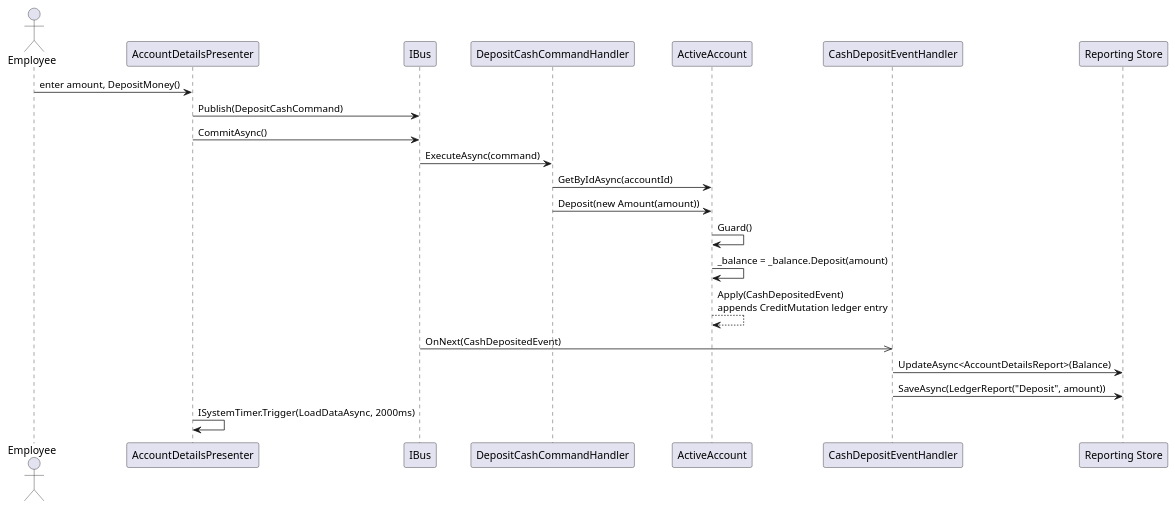
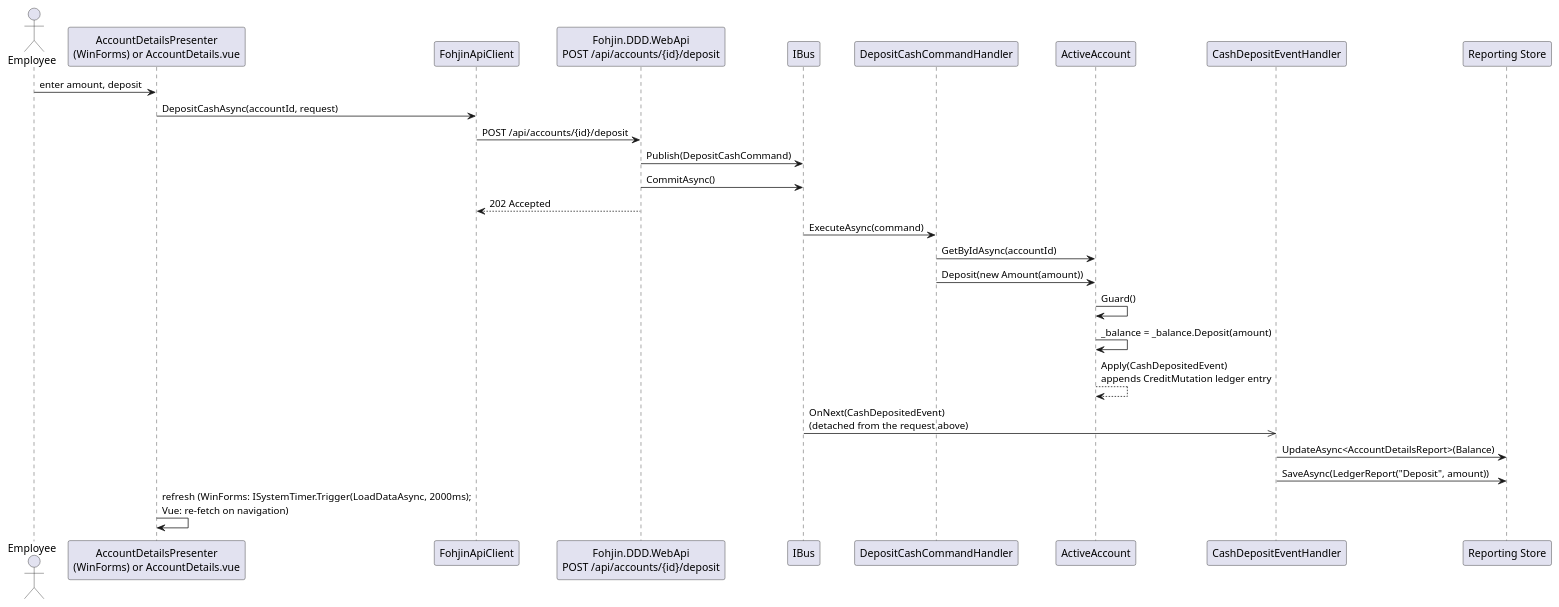
One commit to Mwwhited-BookLearning/fohjin-cqrs changed the first of 2 diagrams in docs/04-cash-operations.md. Above: the diagram before and after it, drawn with PlantUML. The commit also changed other lines of this file and 8 other files, not shown here.

````diff
--- a/docs/04-cash-operations.md
+++ b/docs/04-cash-operations.md
@@ -21,25 +26,30 @@
 ```plantuml
 @startuml
 actor Employee
-participant "AccountDetailsPresenter" as Presenter
+participant "AccountDetailsPresenter\n(WinForms) or AccountDetails.vue" as Client
+participant "FohjinApiClient" as ApiClient
+participant "Fohjin.DDD.WebApi\nPOST /api/accounts/{id}/deposit" as Endpoint
 participant "IBus" as Bus
 participant "DepositCashCommandHandler" as Handler
 participant "ActiveAccount" as Account
 participant "CashDepositEventHandler" as EvtHandler
 participant "Reporting Store" as Reporting
 
-Employee -> Presenter : enter amount, DepositMoney()
-Presenter -> Bus : Publish(DepositCashCommand)
-Presenter -> Bus : CommitAsync()
+Employee -> Client : enter amount, deposit
+Client -> ApiClient : DepositCashAsync(accountId, request)
+ApiClient -> Endpoint : POST /api/accounts/{id}/deposit
+Endpoint -> Bus : Publish(DepositCashCommand)
+Endpoint -> Bus : CommitAsync()
+Endpoint --> ApiClient : 202 Accepted
 Bus -> Handler : ExecuteAsync(command)
 Handler -> Account : GetByIdAsync(accountId)
 Handler -> Account : Deposit(new Amount(amount))
 Account -> Account : Guard()
 Account -> Account : _balance = _balance.Deposit(amount)
 Account --> Account : Apply(CashDepositedEvent)\nappends CreditMutation ledger entry
-Bus ->> EvtHandler : OnNext(CashDepositedEvent)
+Bus ->> EvtHandler : OnNext(CashDepositedEvent)\n(detached from the request above)
 EvtHandler -> Reporting : UpdateAsync<AccountDetailsReport>(Balance)
 EvtHandler -> Reporting : SaveAsync(LedgerReport("Deposit", amount))
-Presenter -> Presenter : ISystemTimer.Trigger(LoadDataAsync, 2000ms)
+Client -> Client : refresh (WinForms: ISystemTimer.Trigger(LoadDataAsync, 2000ms);\nVue: re-fetch on navigation)
 @enduml
 ```
````
